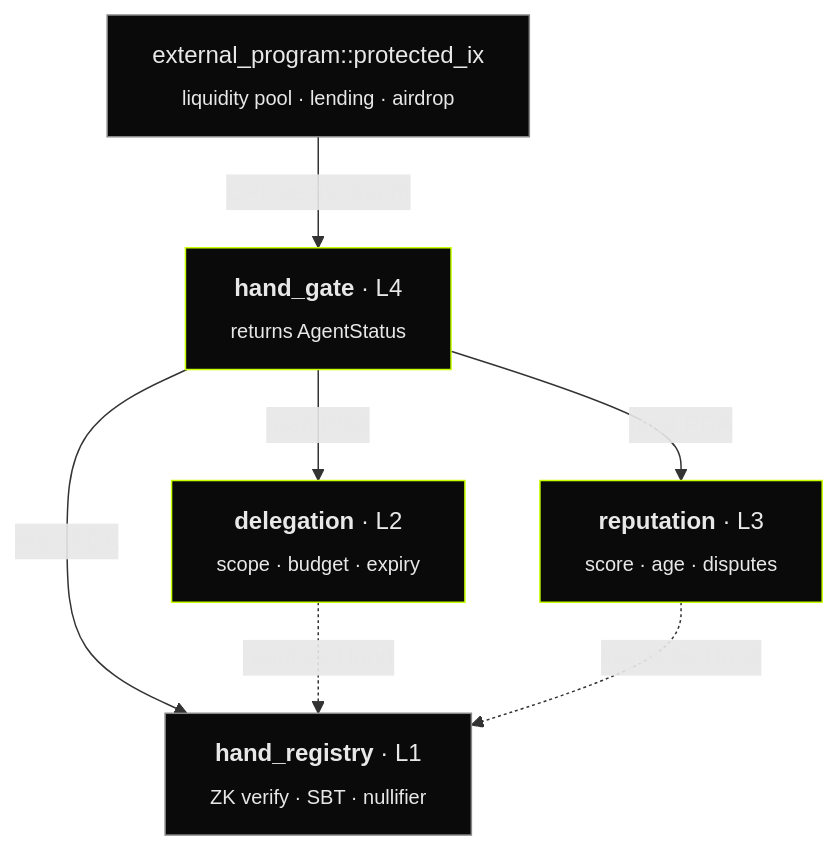
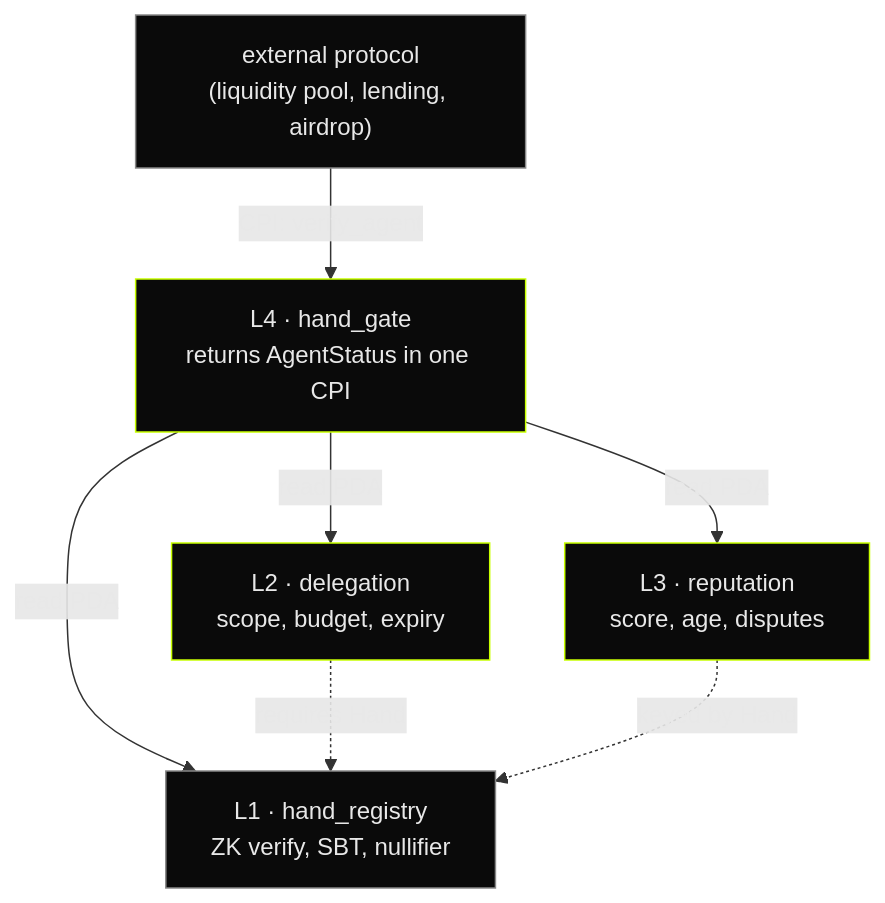
Before and after one commit to WritNetwork/writ: the diagram in README.md, drawn with Mermaid.

Commit message:
docs: fix mermaid label clipping

````diff
--- a/README.md
+++ b/README.md
@@ -87,20 +87,20 @@
 ```mermaid
 flowchart TD
-    ext["external_program::protected_ix<br/><sub>liquidity pool · lending · airdrop</sub>"]
-    gate["<b>hand_gate</b> · L4<br/><sub>returns AgentStatus</sub>"]
-    reg["<b>hand_registry</b> · L1<br/><sub>ZK verify · SBT · nullifier</sub>"]
-    del["<b>delegation</b> · L2<br/><sub>scope · budget · expiry</sub>"]
-    rep["<b>reputation</b> · L3<br/><sub>score · age · disputes</sub>"]
+    ext["external protocol<br/>(liquidity pool, lending, airdrop)"]
+    gate["L4 · hand_gate<br/>returns AgentStatus in one CPI"]
+    del["L2 · delegation<br/>scope, budget, expiry"]
+    rep["L3 · reputation<br/>score, age, disputes"]
+    reg["L1 · hand_registry<br/>ZK verify, SBT, nullifier"]
 
-    ext -- "CPI: verify_agent" --> gate
-    gate -- "read PDA" --> reg
-    gate -- "read PDA" --> del
-    gate -- "read PDA" --> rep
-    del -. "requires Hand" .-> reg
-    rep -. "keyed by Hand" .-> reg
+    ext -->|"CPI: verify_agent"| gate
+    gate -->|read PDA| del
+    gate -->|read PDA| rep
+    gate -->|read PDA| reg
+    del -.->|requires Hand| reg
+    rep -.->|keyed by Hand| reg
 
     classDef layer fill:#0a0a0a,stroke:#c8ff00,stroke-width:1px,color:#e8e8e8
     classDef root fill:#0a0a0a,stroke:#888,stroke-width:1px,color:#e8e8e8
     class gate,del,rep layer
     class reg,ext root
 ```
````
